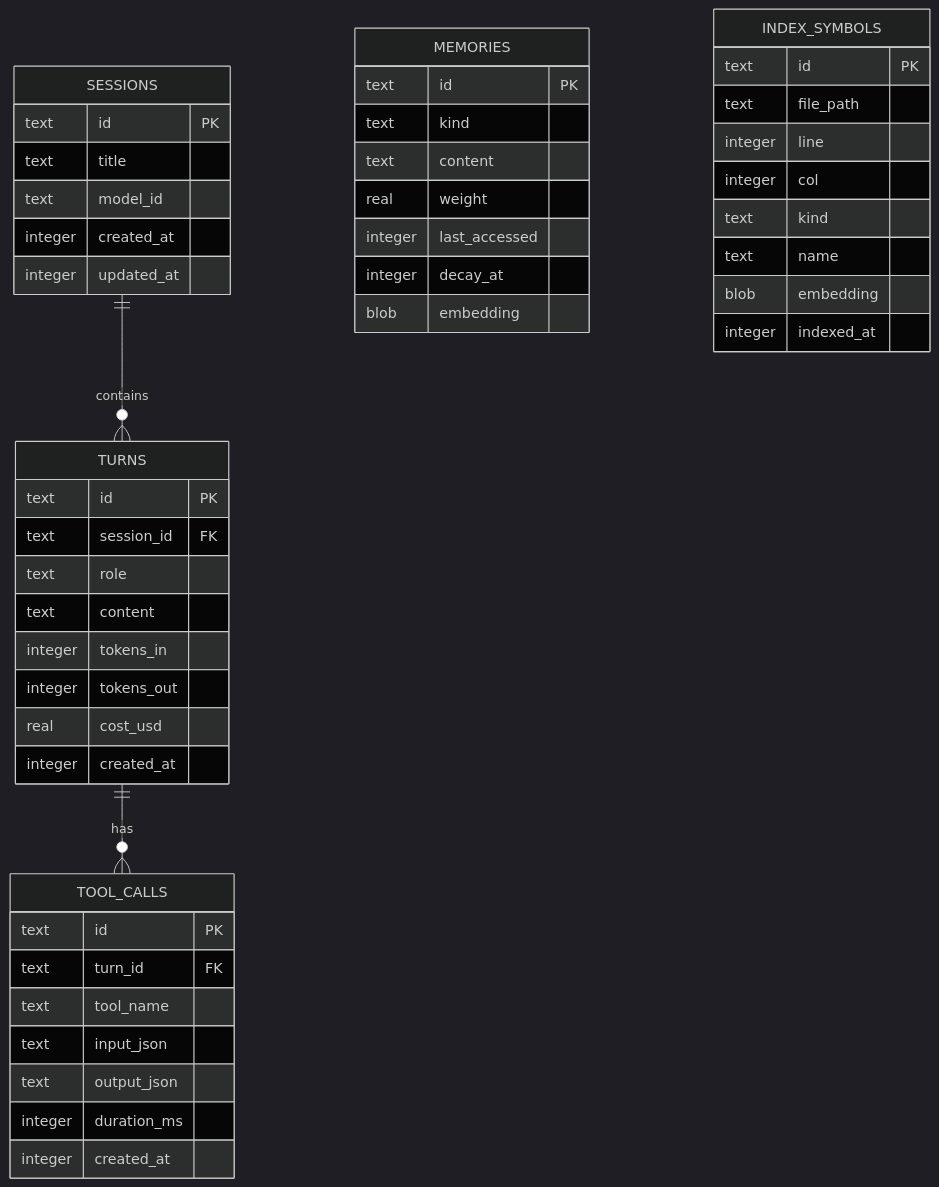
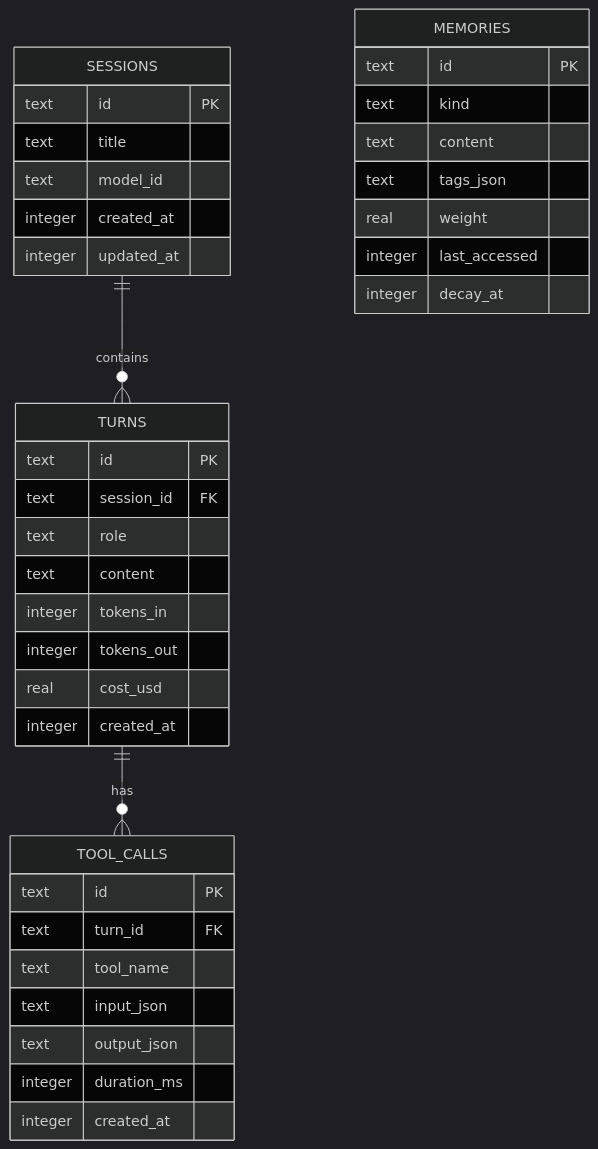
One commit to wojciechkpl/hone changed the ninth of 12 diagrams in docs/architecture.md. Above: the diagram before and after it, drawn with Mermaid (dark theme). The commit also changed other lines of this file, not shown here.

First line of the commit message:
Update architecture for PostgreSQL + pgvector in hone-index

````diff
--- a/docs/architecture.md
+++ b/docs/architecture.md
@@ -605,51 +608,41 @@
 ```mermaid
 erDiagram
     SESSIONS {
         text id PK
         text title
         text model_id
         integer created_at
         integer updated_at
     }
     TURNS {
         text id PK
         text session_id FK
         text role
         text content
         integer tokens_in
         integer tokens_out
         real cost_usd
         integer created_at
     }
     MEMORIES {
         text id PK
         text kind
         text content
+        text tags_json
         real weight
         integer last_accessed
         integer decay_at
-        blob embedding
     }
     TOOL_CALLS {
         text id PK
         text turn_id FK
         text tool_name
         text input_json
         text output_json
         integer duration_ms
         integer created_at
     }
-    INDEX_SYMBOLS {
-        text id PK
-        text file_path
-        integer line
-        integer col
-        text kind
-        text name
-        blob embedding
-        integer indexed_at
-    }
 
     SESSIONS ||--o{ TURNS : contains
     TURNS ||--o{ TOOL_CALLS : has
 ```
````
